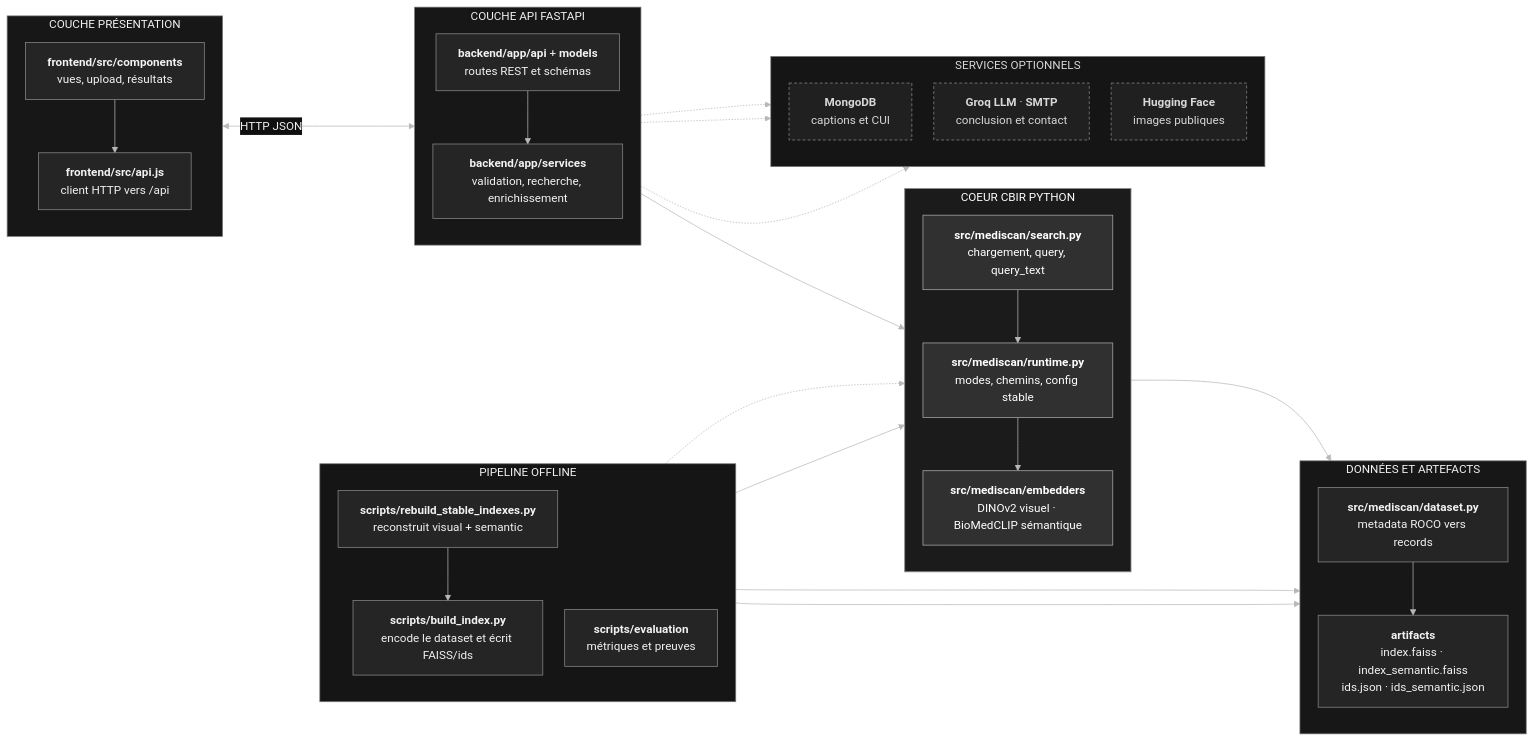
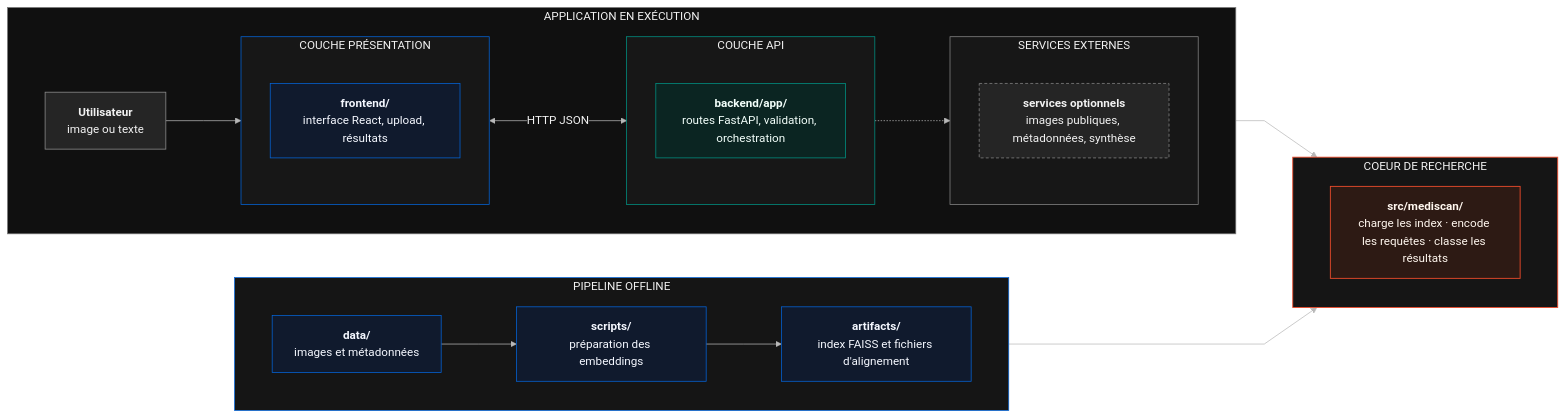
The diagram in README.md (MediscanAI-cbir/mediscan-cbir), drawn with Mermaid before and after one commit. The commit also changed other lines of this file and 163 other files, not shown here.

````diff
--- a/README.md
+++ b/README.md
@@ -276,72 +257,63 @@
 ```mermaid
-%%{init: {"theme": "base", "flowchart": {"htmlLabels": true, "nodeSpacing": 30, "rankSpacing": 48, "diagramPadding": 18, "curve": "basis"}, "themeVariables": {"darkMode": true, "fontFamily": "Inter, Arial, sans-serif", "fontSize": "16px", "background": "#101010", "primaryColor": "#252525", "primaryTextColor": "#f2f2f2", "primaryBorderColor": "#8a8a8a", "lineColor": "#b8b8b8", "clusterBkg": "#171717", "clusterBorder": "#777777", "edgeLabelBackground": "#101010"}}}%%
+%%{init: {"theme": "base", "flowchart": {"htmlLabels": true, "nodeSpacing": 60, "rankSpacing": 78, "diagramPadding": 24, "curve": "linear"}, "themeVariables": {"darkMode": true, "fontFamily": "Inter, Arial, sans-serif", "fontSize": "16px", "background": "#101010", "primaryColor": "#252525", "primaryTextColor": "#f2f2f2", "primaryBorderColor": "#8a8a8a", "lineColor": "#b8b8b8", "clusterBkg": "#171717", "clusterBorder": "#777777", "edgeLabelBackground": "#101010"}}}%%
 flowchart LR
-  subgraph FE["COUCHE PRÉSENTATION"]
-    direction TB
-    FE_COMP["<b>frontend/src/components</b><br/>vues, upload, résultats"]
-    FE_API["<b>frontend/src/api.js</b><br/>client HTTP vers /api"]
-    FE_COMP --> FE_API
+  subgraph OFFLINE["PIPELINE OFFLINE"]
+    direction LR
+    DATA["<b>data/</b><br/>images et métadonnées"]
+    SCRIPTS["<b>scripts/</b><br/>préparation des embeddings"]
+    ARTIFACTS["<b>artifacts/</b><br/>index FAISS et fichiers d'alignement"]
+
+    DATA --> SCRIPTS --> ARTIFACTS
   end
 
-  subgraph BE["COUCHE API FASTAPI"]
-    direction TB
-    BE_ROUTE["<b>backend/app/api</b> + <b>models</b><br/>routes REST et schémas"]
-    BE_SERV["<b>backend/app/services</b><br/>validation, recherche, enrichissement"]
-    BE_ROUTE --> BE_SERV
+  subgraph CORE["COEUR DE RECHERCHE"]
+    direction LR
+    MEDISCAN["<b>src/mediscan/</b><br/>charge les index · encode les requêtes · classe les résultats"]
   end
 
-  subgraph CORE["COEUR CBIR PYTHON"]
-    direction TB
-    CORE_SEARCH["<b>src/mediscan/search.py</b><br/>chargement, query, query_text"]
-    CORE_RUNTIME["<b>src/mediscan/runtime.py</b><br/>modes, chemins, config stable"]
-    CORE_EMB["<b>src/mediscan/embedders</b><br/>DINOv2 visuel · BioMedCLIP sémantique"]
-    CORE_SEARCH --> CORE_RUNTIME --> CORE_EMB
+  subgraph RUNTIME["APPLICATION EN EXÉCUTION"]
+    direction LR
+    USER["<b>Utilisateur</b><br/>image ou texte"]
+
+    subgraph PRESENTATION["COUCHE PRÉSENTATION"]
+      direction TB
+      FRONTEND["<b>frontend/</b><br/>interface React, upload, résultats"]
+    end
+
+    subgraph API_LAYER["COUCHE API"]
+      direction TB
+      BACKEND["<b>backend/app/</b><br/>routes FastAPI, validation, orchestration"]
+    end
+
+    subgraph EXTERNAL["SERVICES EXTERNES"]
+      direction TB
+      SERVICES["<b>services optionnels</b><br/>images publiques, métadonnées, synthèse"]
+    end
   end
 
-  subgraph OFF["PIPELINE OFFLINE"]
-    direction TB
-    OFF_REBUILD["<b>scripts/rebuild_stable_indexes.py</b><br/>reconstruit visual + semantic"]
-    OFF_BUILD["<b>scripts/build_index.py</b><br/>encode le dataset et écrit FAISS/ids"]
-    OFF_EVAL["<b>scripts/evaluation</b><br/>métriques et preuves"]
-    OFF_REBUILD --> OFF_BUILD
-  end
+  USER --> FRONTEND
+  FRONTEND <-->|HTTP JSON| BACKEND
+  BACKEND --> MEDISCAN
+  ARTIFACTS --> MEDISCAN
+  BACKEND -.-> SERVICES
 
-  subgraph DATA["DONNÉES ET ARTEFACTS"]
-    direction TB
-    DATASET["<b>src/mediscan/dataset.py</b><br/>metadata ROCO vers records"]
-    ARTIFACTS["<b>artifacts</b><br/>index.faiss · index_semantic.faiss<br/>ids.json · ids_semantic.json"]
-    DATASET --> ARTIFACTS
-  end
+  classDef input fill:#252525,color:#f2f2f2,stroke:#8a8a8a,stroke-width:1.1px;
+  classDef presentation fill:#101a2d,color:#f5f8ff,stroke:#0467DF,stroke-width:1px;
+  classDef api fill:#0b2522,color:#f3fffb,stroke:#009688,stroke-width:1px;
+  classDef core fill:#2d1a14,color:#fff7ef,stroke:#EE4C2C,stroke-width:1.2px;
+  classDef support fill:#101a2d,color:#f5f8ff,stroke:#0467DF,stroke-width:1px;
+  classDef external fill:#252525,color:#f2f2f2,stroke:#8a8a8a,stroke-width:1px,stroke-dasharray:4 3;
+  class USER input;
+  class FRONTEND presentation;
+  class BACKEND api;
+  class MEDISCAN core;
+  class DATA,SCRIPTS,ARTIFACTS support;
+  class SERVICES external;
 
-  subgraph EXT["SERVICES OPTIONNELS"]
-    direction TB
-    EXT_META["<b>MongoDB</b><br/>captions et CUI"]
-    EXT_GEN["<b>Groq LLM</b> · <b>SMTP</b><br/>conclusion et contact"]
-    EXT_HF["<b>Hugging Face</b><br/>images publiques"]
-  end
-
-  FE_API <-->|HTTP JSON| BE_ROUTE
-  BE_SERV --> CORE_SEARCH
-  CORE_SEARCH --> ARTIFACTS
-  OFF_BUILD --> DATASET
-  OFF_BUILD --> CORE_EMB
-  OFF_BUILD --> ARTIFACTS
-  OFF_EVAL -.-> CORE_SEARCH
-  BE_SERV -.-> EXT_META
-  BE_ROUTE -.-> EXT_GEN
-  BE_SERV -.-> EXT_HF
-
-  classDef module fill:#252525,color:#f2f2f2,stroke:#8a8a8a,stroke-width:1px;
-  classDef core fill:#303030,color:#ffffff,stroke:#a0a0a0,stroke-width:1.1px;
-  classDef optional fill:#202020,color:#d8d8d8,stroke:#8a8a8a,stroke-width:1px,stroke-dasharray:4 3;
-  class FE_COMP,FE_API,BE_ROUTE,BE_SERV,OFF_REBUILD,OFF_BUILD,OFF_EVAL,DATASET,ARTIFACTS module;
-  class CORE_SEARCH,CORE_RUNTIME,CORE_EMB core;
-  class EXT_META,EXT_GEN,EXT_HF optional;
-
-  style FE fill:#171717,stroke:#777777,stroke-width:1px,color:#f2f2f2
-  style BE fill:#171717,stroke:#777777,stroke-width:1px,color:#f2f2f2
-  style CORE fill:#1b1b1b,stroke:#8a8a8a,stroke-width:1.2px,color:#ffffff
-  style OFF fill:#151515,stroke:#777777,stroke-width:1px,color:#f2f2f2
-  style DATA fill:#171717,stroke:#777777,stroke-width:1px,color:#f2f2f2
-  style EXT fill:#151515,stroke:#777777,stroke-width:1px,color:#d8d8d8
+  style OFFLINE fill:#151515,stroke:#0467DF,stroke-width:1px,color:#f2f2f2
+  style CORE fill:#151515,stroke:#EE4C2C,stroke-width:1.2px,color:#f2f2f2
+  style RUNTIME fill:#101010,stroke:#777777,stroke-width:1px,color:#f2f2f2
+  style PRESENTATION fill:#171717,stroke:#0467DF,stroke-width:1px,color:#f2f2f2
+  style API_LAYER fill:#171717,stroke:#009688,stroke-width:1px,color:#f2f2f2
+  style EXTERNAL fill:#171717,stroke:#8a8a8a,stroke-width:1px,color:#f2f2f2
 ```
````
